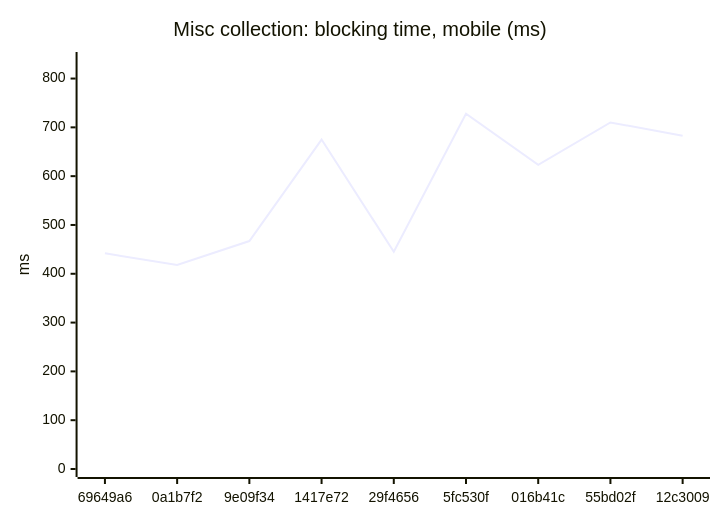
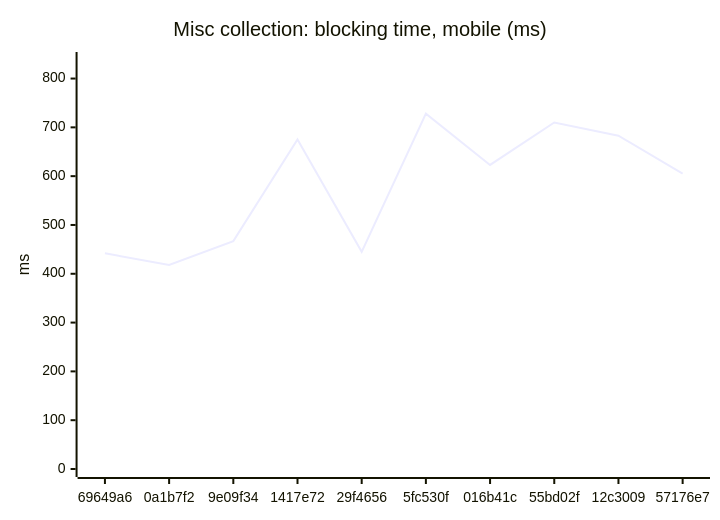
One commit to AxelUser/maltsev.space changed the tenth of 18 diagrams in README.md. Above: the diagram before and after it, drawn with Mermaid. The commit also changed other lines of this file and 1 other file, not shown here.

````diff
--- a/README.md
+++ b/README.md
@@ -115,7 +115,7 @@
 ```mermaid
 xychart-beta
   title "Misc collection: blocking time, mobile (ms)"
-  x-axis ["69649a6", "0a1b7f2", "9e09f34", "1417e72", "29f4656", "5fc530f", "016b41c", "55bd02f", "12c3009"]
+  x-axis ["69649a6", "0a1b7f2", "9e09f34", "1417e72", "29f4656", "5fc530f", "016b41c", "55bd02f", "12c3009", "57176e7"]
   y-axis "ms" 0 --> 838
-  line [442, 418, 467, 675, 445, 728, 623, 710, 683]
+  line [442, 418, 467, 675, 445, 728, 623, 710, 683, 605]
 ```
````
